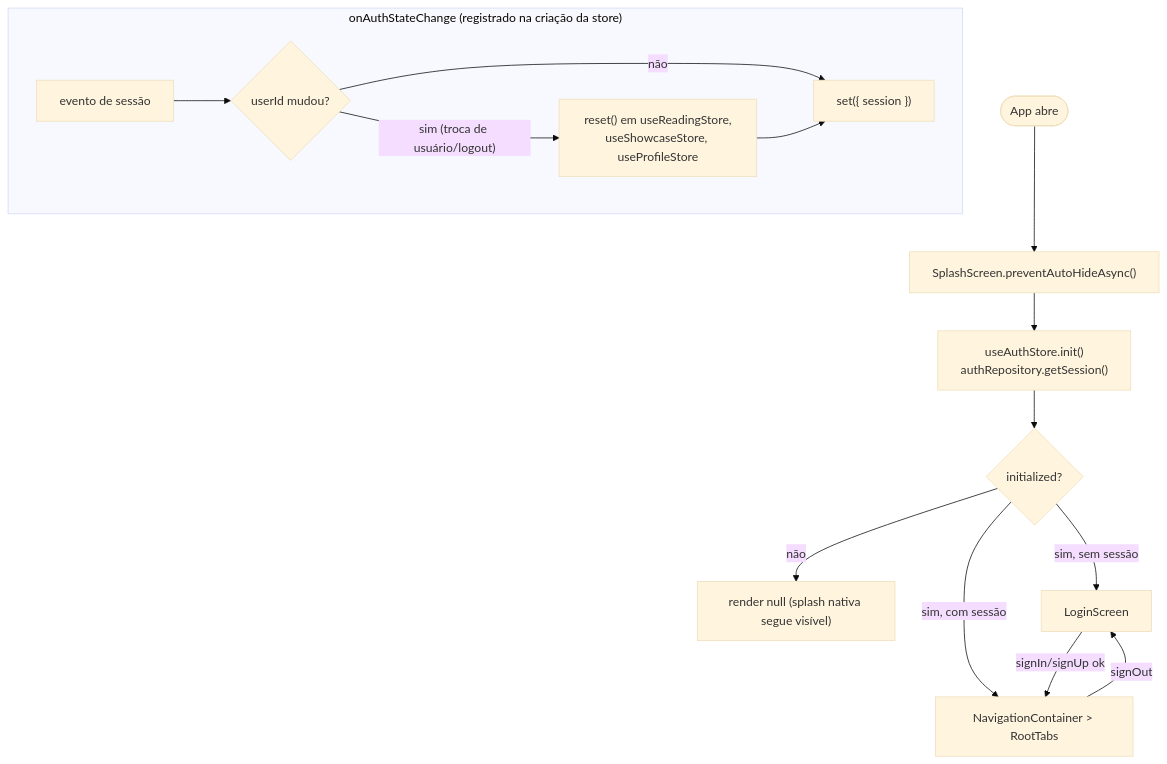
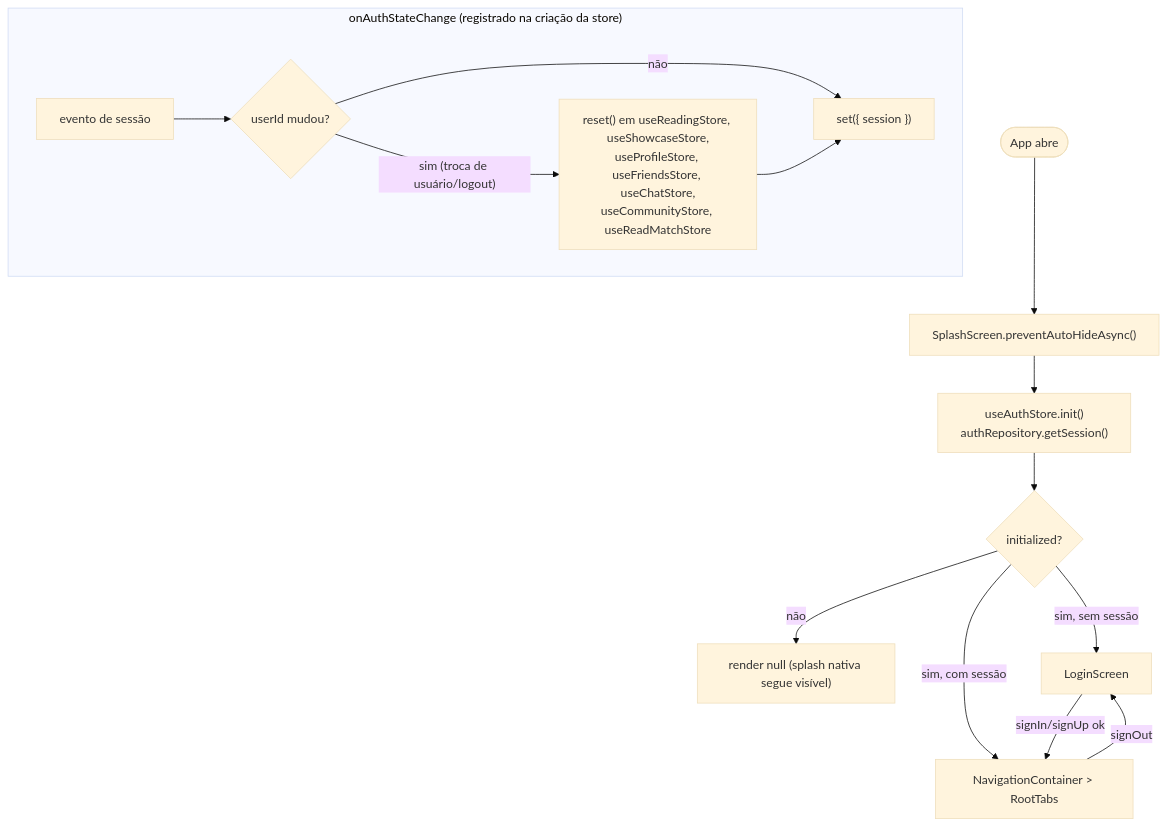
Before and after one commit to GuilhermeNono/Book-Project: the fourth of 8 diagrams in AGENTS.md, drawn with Mermaid (base theme). The commit also changed other lines of this file and 41 other files, not shown here.

````diff
--- a/AGENTS.md
+++ b/AGENTS.md
@@ -319,18 +430,18 @@
 ```mermaid
 flowchart TD
     START([App abre]) --> SPLASH["SplashScreen.preventAutoHideAsync()"]
     SPLASH --> INIT["useAuthStore.init()<br/>authRepository.getSession()"]
     INIT --> DECIDE{initialized?}
     DECIDE -- "não" --> NULLRENDER["render null (splash nativa segue visível)"]
     DECIDE -- "sim, sem sessão" --> LOGIN[LoginScreen]
     DECIDE -- "sim, com sessão" --> TABS["NavigationContainer > RootTabs"]
     LOGIN -- "signIn/signUp ok" --> TABS
     TABS -- "signOut" --> LOGIN
 
     subgraph listener ["onAuthStateChange (registrado na criação da store)"]
         EVT[evento de sessão] --> CHANGED{userId mudou?}
-        CHANGED -- "sim (troca de usuário/logout)" --> RESET["reset() em useReadingStore,<br/>useShowcaseStore, useProfileStore"]
+        CHANGED -- "sim (troca de usuário/logout)" --> RESET["reset() em useReadingStore, useShowcaseStore,<br/>useProfileStore, useFriendsStore, useChatStore,<br/>useCommunityStore, useReadMatchStore"]
         CHANGED -- não --> SETONLY["set({ session })"]
         RESET --> SETONLY
     end
 ```
````
